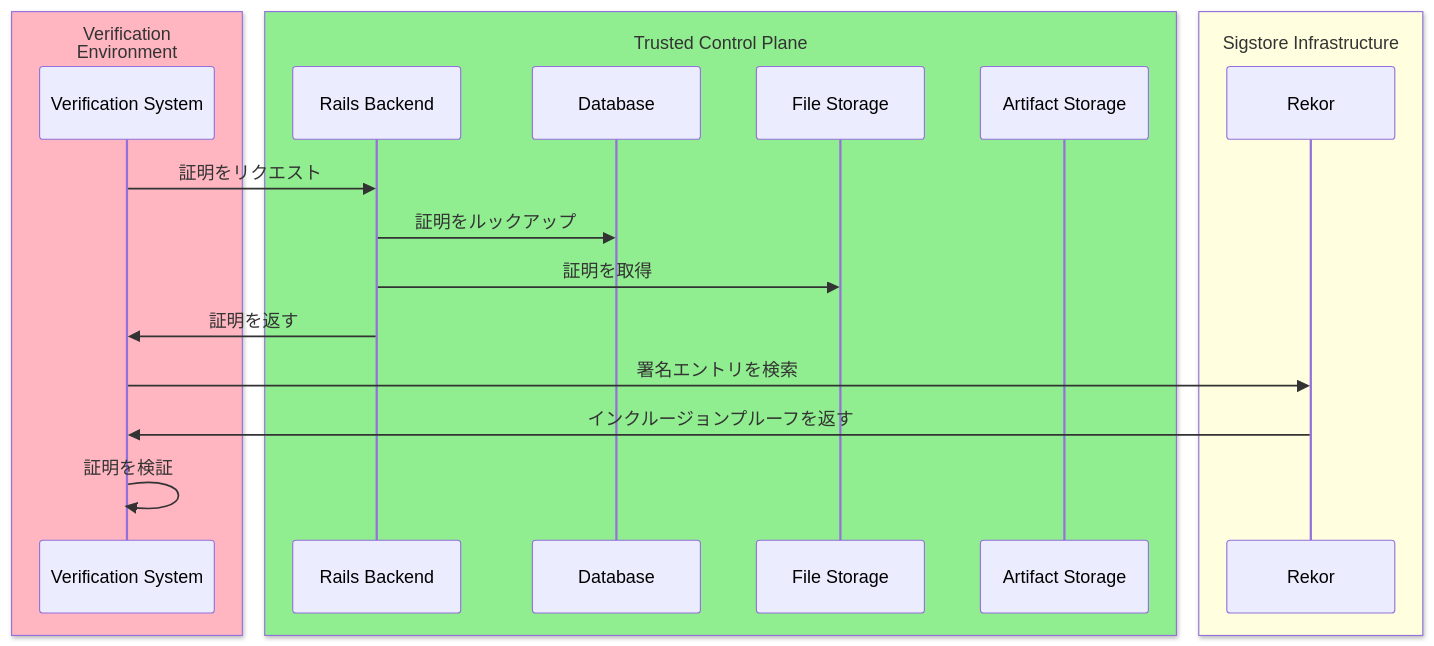
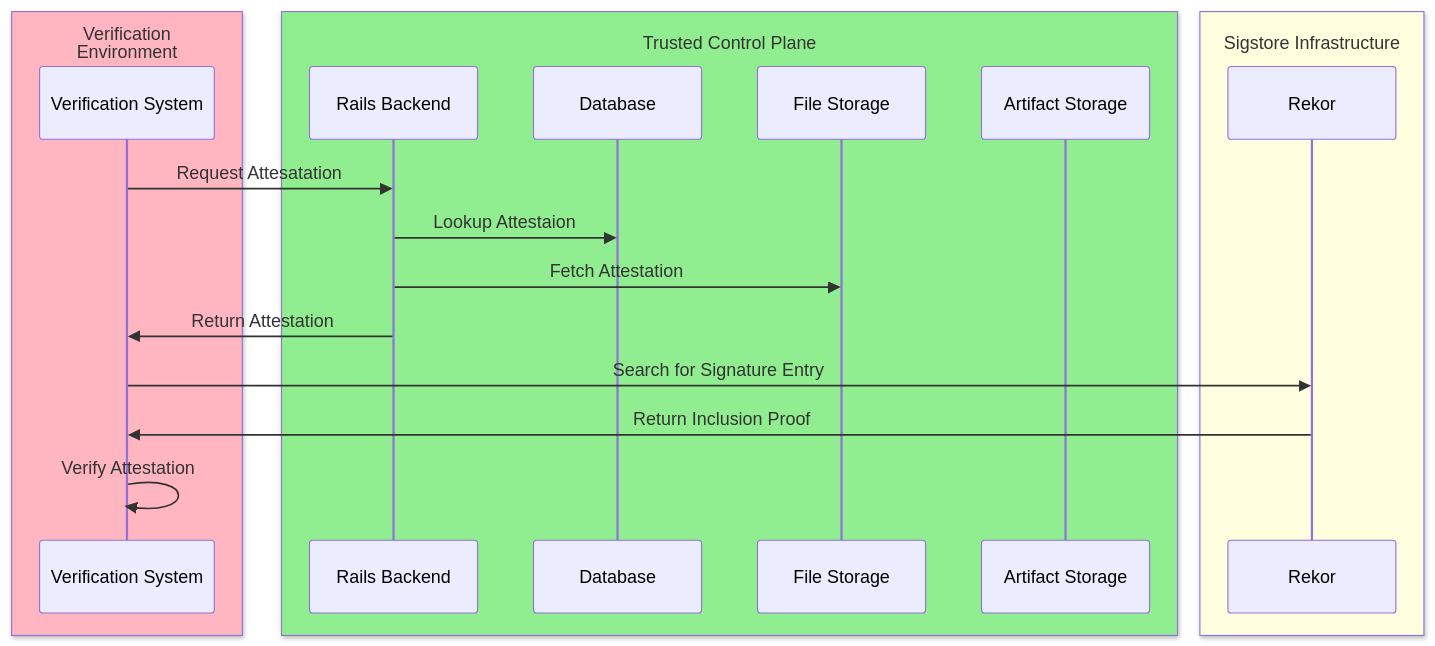
One commit to kyama0/gitlab-handbook-ja changed the second of 2 diagrams in content/handbook/engineering/architecture/design-documents/slsa_level_3/_index.md. Above: the diagram before and after it, drawn with Mermaid. The commit also changed other lines of this file and 3 other files, not shown here.

````diff
--- a/content/handbook/engineering/architecture/design-documents/slsa_level_3/_index.md
+++ b/content/handbook/engineering/architecture/design-documents/slsa_level_3/_index.md
@@ -123,24 +123,24 @@
 ```mermaid
 sequenceDiagram
   box LightPink Verification<br> Environment
     participant Verification System
   end
   box LightGreen Trusted Control Plane
     participant Rails Backend
     participant Database
     participant File Storage
     participant Artifact Storage
   end
 
   box LightYellow Sigstore Infrastructure
     participant Rekor
   end
 
-  Verification System ->> Rails Backend: 証明をリクエスト
-  Rails Backend ->> Database : 証明をルックアップ
-  Rails Backend ->> File Storage: 証明を取得
-  Rails Backend ->> Verification System: 証明を返す
-  Verification System ->> Rekor: 署名エントリを検索
-  Rekor ->> Verification System: インクルージョンプルーフを返す
-  Verification System ->> Verification System: 証明を検証
+  Verification System ->> Rails Backend: Request Attesatation
+  Rails Backend ->> Database : Lookup Attestaion
+  Rails Backend ->> File Storage: Fetch Attestation
+  Rails Backend ->> Verification System: Return Attestation
+  Verification System ->> Rekor: Search for Signature Entry
+  Rekor ->> Verification System: Return Inclusion Proof
+  Verification System ->> Verification System: Verify Attestation
 ```
````
